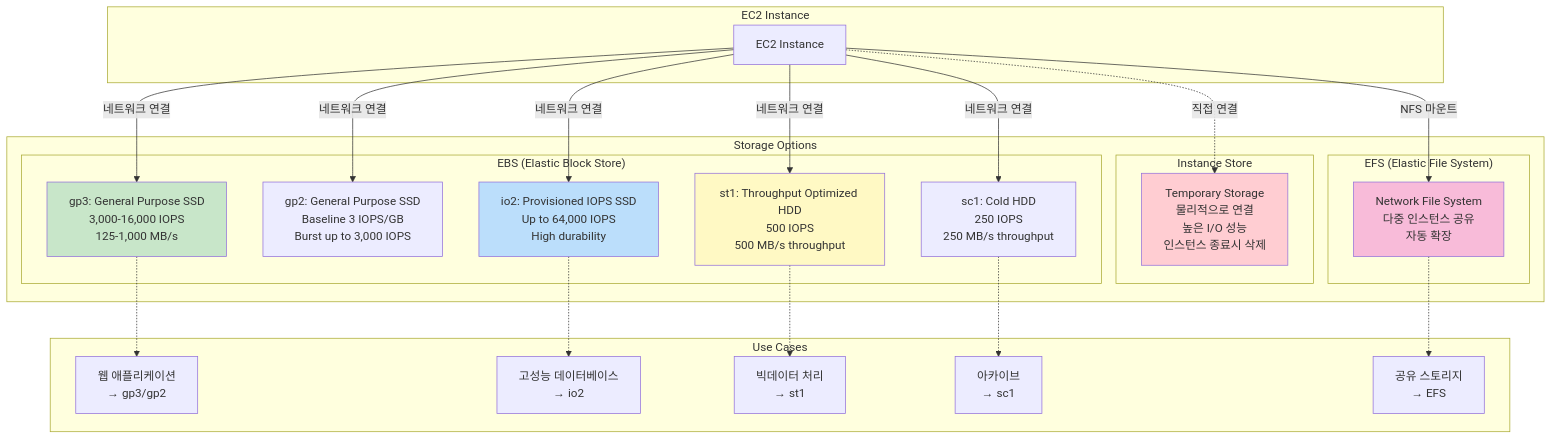
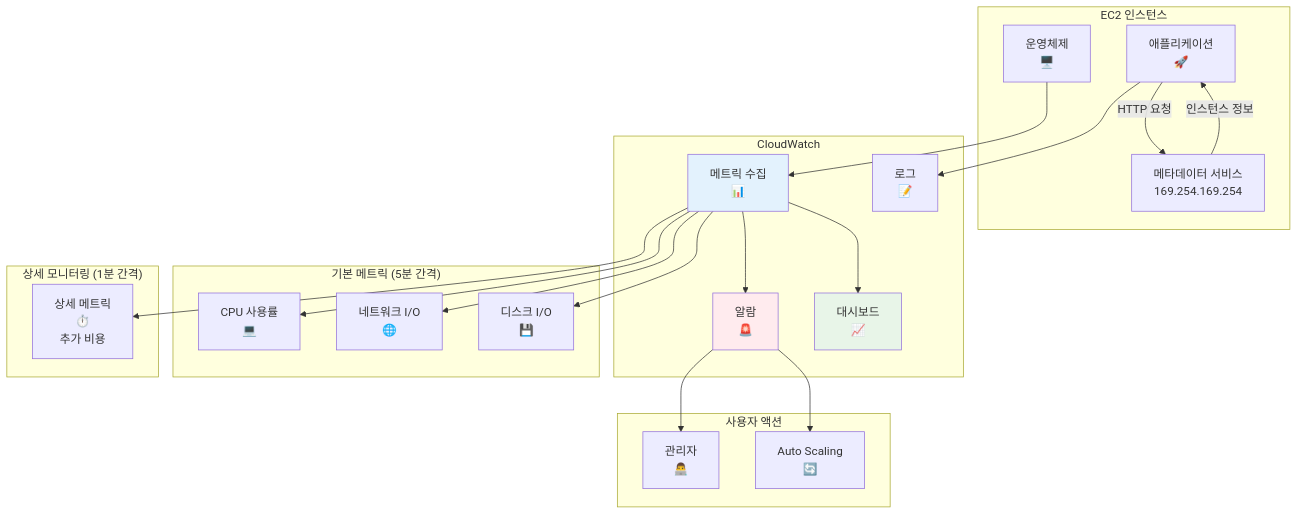
The sixth of 10 diagrams in aws-saa-study-materials/week1/day3/visuals/ec2-architecture.md (niceguy61/lecture_maker), drawn with Mermaid before and after one commit. The commit also changed other lines of this file and 58 other files, not shown here.

````diff
--- a/aws-saa-study-materials/week1/day3/visuals/ec2-architecture.md
+++ b/aws-saa-study-materials/week1/day3/visuals/ec2-architecture.md
@@ -325,52 +245,51 @@
 ```mermaid
 graph TB
-    subgraph "EC2 Instance"
-        INST[EC2 Instance]
+    subgraph "EC2 인스턴스"
+        APP[애플리케이션<br/>🚀]
+        OS[운영체제<br/>🖥️]
+        META[메타데이터 서비스<br/>169.254.169.254]
     end
     
-    subgraph "Storage Options"
-        subgraph "Instance Store"
-            TEMP[Temporary Storage<br/>물리적으로 연결<br/>높은 I/O 성능<br/>인스턴스 종료시 삭제]
-        end
-        
-        subgraph "EBS (Elastic Block Store)"
-            GP3[gp3: General Purpose SSD<br/>3,000-16,000 IOPS<br/>125-1,000 MB/s]
-            GP2[gp2: General Purpose SSD<br/>Baseline 3 IOPS/GB<br/>Burst up to 3,000 IOPS]
-            IO2[io2: Provisioned IOPS SSD<br/>Up to 64,000 IOPS<br/>High durability]
-            ST1[st1: Throughput Optimized HDD<br/>500 IOPS<br/>500 MB/s throughput]
-            SC1[sc1: Cold HDD<br/>250 IOPS<br/>250 MB/s throughput]
-        end
-        
-        subgraph "EFS (Elastic File System)"
-            EFS[Network File System<br/>다중 인스턴스 공유<br/>자동 확장]
-        end
+    subgraph "CloudWatch"
+        METRICS[메트릭 수집<br/>📊]
+        ALARMS[알람<br/>🚨]
+        DASHBOARD[대시보드<br/>📈]
+        LOGS[로그<br/>📝]
     end
     
-    INST -.->|직접 연결| TEMP
-    INST -->|네트워크 연결| GP3
-    INST -->|네트워크 연결| GP2
-    INST -->|네트워크 연결| IO2
-    INST -->|네트워크 연결| ST1
-    INST -->|네트워크 연결| SC1
-    INST -->|NFS 마운트| EFS
-    
-    subgraph "Use Cases"
-        WEB_USE[웹 애플리케이션<br/>→ gp3/gp2]
-        DB_USE[고성능 데이터베이스<br/>→ io2]
-        BIG_DATA[빅데이터 처리<br/>→ st1]
-        ARCHIVE[아카이브<br/>→ sc1]
-        SHARED[공유 스토리지<br/>→ EFS]
+    subgraph "기본 메트릭 (5분 간격)"
+        CPU[CPU 사용률<br/>💻]
+        NETWORK[네트워크 I/O<br/>🌐]
+        DISK[디스크 I/O<br/>💾]
     end
     
-    GP3 -.-> WEB_USE
-    IO2 -.-> DB_USE
-    ST1 -.-> BIG_DATA
-    SC1 -.-> ARCHIVE
-    EFS -.-> SHARED
+    subgraph "상세 모니터링 (1분 간격)"
+        DETAILED[상세 메트릭<br/>⏱️<br/>추가 비용]
+    end
     
-    style TEMP fill:#ffcdd2
-    style GP3 fill:#c8e6c9
-    style IO2 fill:#bbdefb
-    style ST1 fill:#fff9c4
-    style EFS fill:#f8bbd9
+    subgraph "사용자 액션"
+        ADMIN[관리자<br/>👨‍💻]
+        AUTO[Auto Scaling<br/>🔄]
+    end
+    
+    OS --> METRICS
+    APP --> LOGS
+    
+    METRICS --> CPU
+    METRICS --> NETWORK
+    METRICS --> DISK
+    METRICS --> DETAILED
+    
+    METRICS --> ALARMS
+    METRICS --> DASHBOARD
+    
+    ALARMS --> ADMIN
+    ALARMS --> AUTO
+    
+    APP --> |HTTP 요청| META
+    META --> |인스턴스 정보| APP
+    
+    style METRICS fill:#e3f2fd
+    style ALARMS fill:#ffebee
+    style DASHBOARD fill:#e8f5e8
 ```
````
